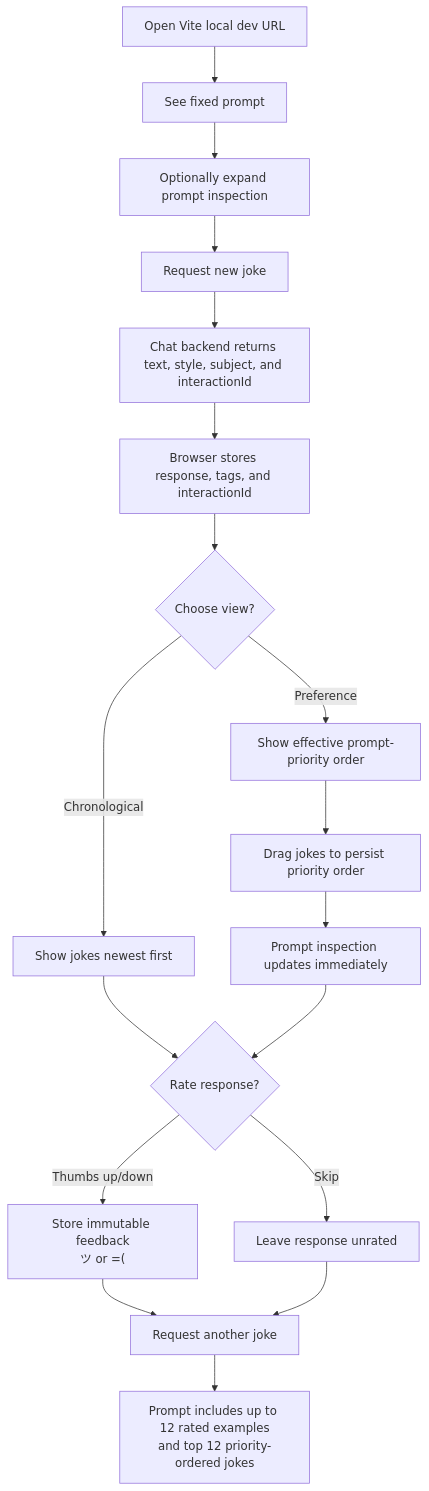
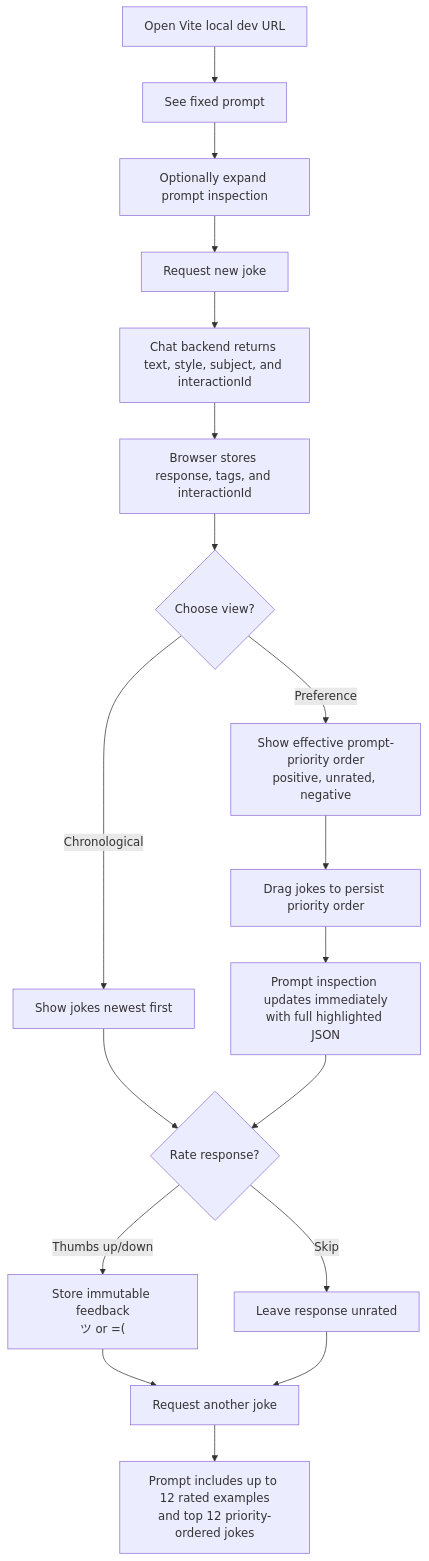
Before and after one commit to johnpfeiffer/joker: the second of 2 diagrams in architecture.md, drawn with Mermaid. The commit also changed other lines of this file and 10 other files, not shown here.

Commit message:
improve prompt inspection UX

````diff
--- a/architecture.md
+++ b/architecture.md
@@ -22,20 +22,20 @@
 ```mermaid
 flowchart TD
   A["Open Vite local dev URL"] --> B["See fixed prompt"]
   B --> K["Optionally expand prompt inspection"]
   K --> C["Request new joke"]
   C --> D["Chat backend returns text, style, subject, and interactionId"]
   D --> E["Browser stores response, tags, and interactionId"]
   E --> L{"Choose view?"}
   L -->|"Chronological"| M["Show jokes newest first"]
-  L -->|"Preference"| N["Show effective prompt-priority order"]
+  L -->|"Preference"| N["Show effective prompt-priority order<br/>positive, unrated, negative"]
   N --> O["Drag jokes to persist priority order"]
-  O --> P["Prompt inspection updates immediately"]
+  O --> P["Prompt inspection updates immediately<br/>with full highlighted JSON"]
   M --> F{"Rate response?"}
   P --> F{"Rate response?"}
   F -->|"Thumbs up/down"| G["Store immutable feedback<br/>ツ or =("]
   F -->|"Skip"| H["Leave response unrated"]
   G --> I["Request another joke"]
   H --> I
   I --> J["Prompt includes up to 12 rated examples<br/>and top 12 priority-ordered jokes"]
 ```
````
